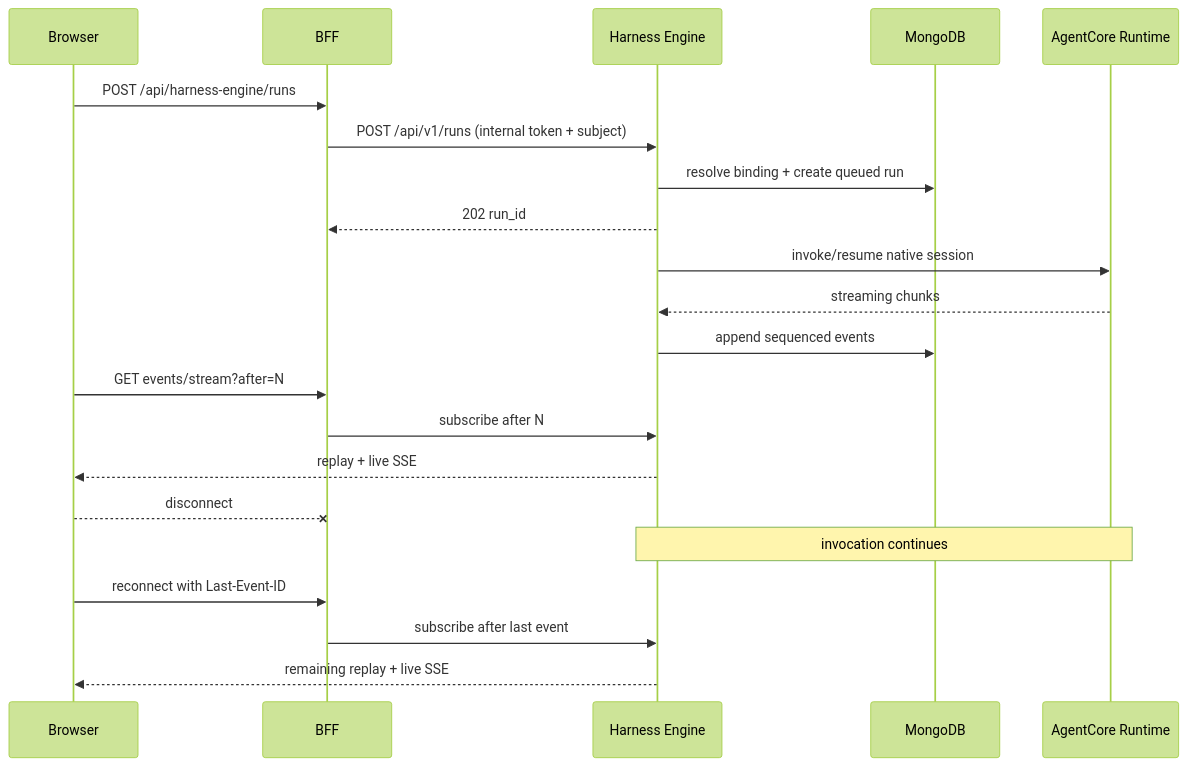
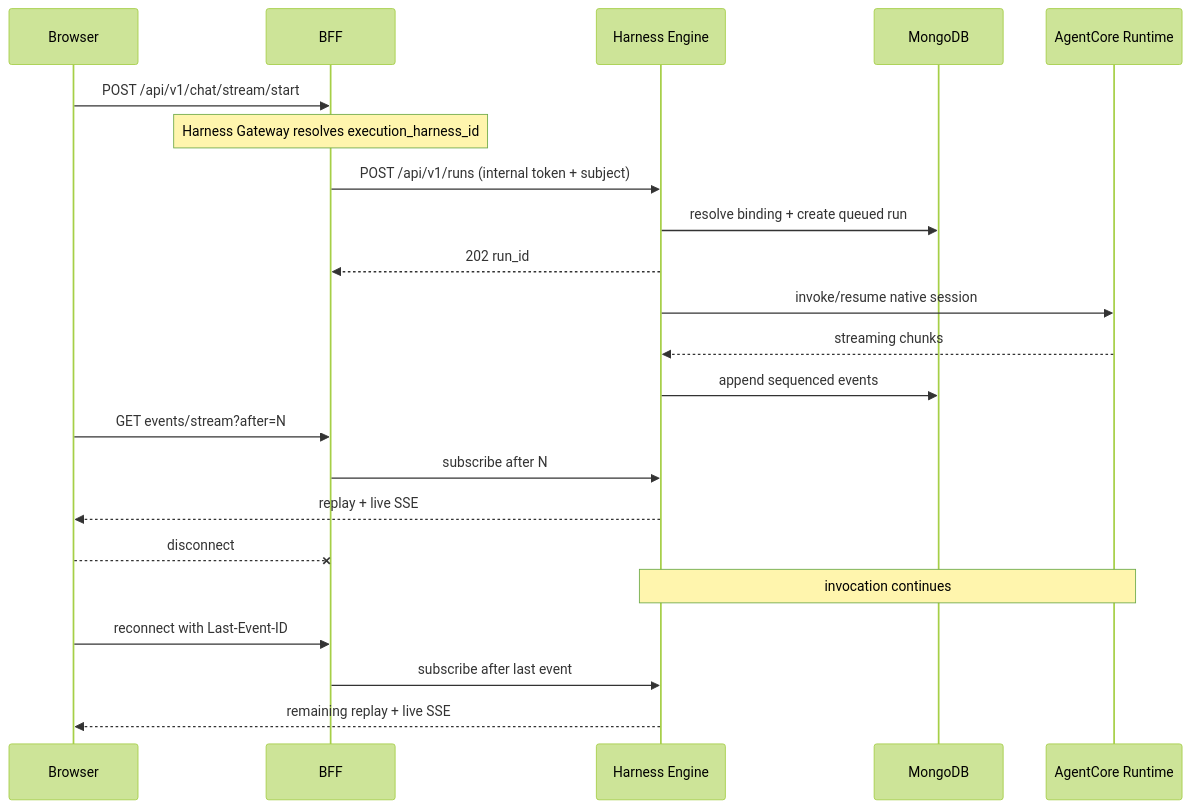
Before and after one commit to cnoe-io/ai-platform-engineering: the diagram in ai_platform_engineering/harness_engine/README.md, drawn with Mermaid (forest theme). The commit also changed other lines of this file and 19 other files, not shown here.

Commit message:
feat(harness-engine): add BFF harness gateway

````diff
--- a/ai_platform_engineering/harness_engine/README.md
+++ b/ai_platform_engineering/harness_engine/README.md
@@ -26,24 +29,25 @@
 ```mermaid
 sequenceDiagram
     participant Browser
     participant BFF
     participant HE as Harness Engine
     participant MongoDB
     participant AC as AgentCore Runtime
 
-    Browser->>BFF: POST /api/harness-engine/runs
+    Browser->>BFF: POST /api/v1/chat/stream/start
+    Note over BFF: Harness Gateway resolves execution_harness_id
     BFF->>HE: POST /api/v1/runs (internal token + subject)
     HE->>MongoDB: resolve binding + create queued run
     HE-->>BFF: 202 run_id
     HE->>AC: invoke/resume native session
     AC-->>HE: streaming chunks
     HE->>MongoDB: append sequenced events
     Browser->>BFF: GET events/stream?after=N
     BFF->>HE: subscribe after N
     HE-->>Browser: replay + live SSE
     Browser--xBFF: disconnect
     Note over HE,AC: invocation continues
     Browser->>BFF: reconnect with Last-Event-ID
     BFF->>HE: subscribe after last event
     HE-->>Browser: remaining replay + live SSE
 ```
````
